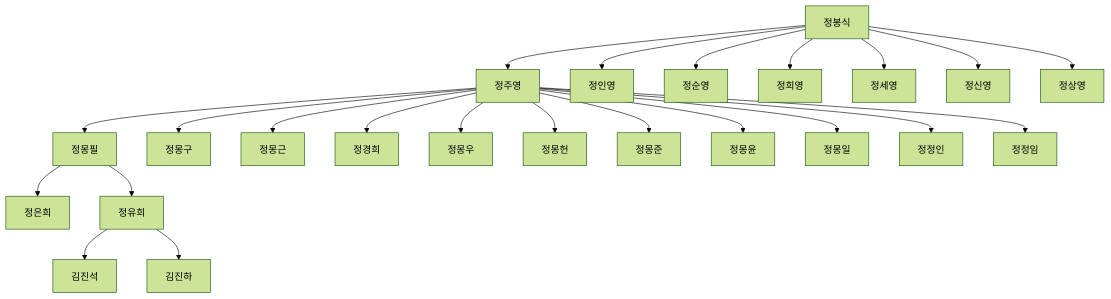
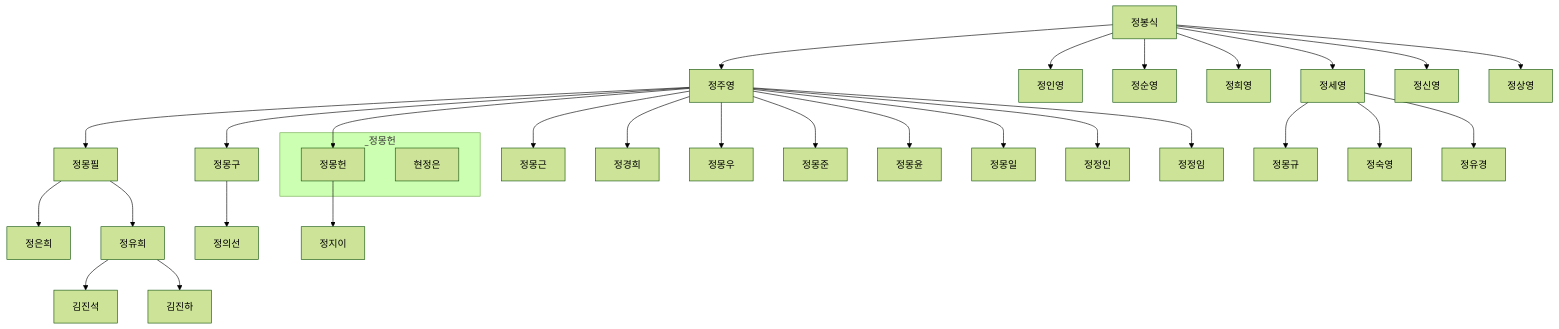
The diagram in 한국사/재벌현대가.md (daewonyoon/historigram), drawn with Mermaid (forest theme) before and after one commit. The commit also changed 3 other files, not shown here.

````diff
--- a/한국사/재벌현대가.md
+++ b/한국사/재벌현대가.md
@@ -1,29 +1,39 @@
 ```mermaid
 graph TB
 
 정봉식
 
 정봉식 --> 정주영
 정봉식 --> 정인영
 정봉식 --> 정순영
 정봉식 --> 정희영
 정봉식 --> 정세영
 정봉식 --> 정신영
 정봉식 --> 정상영
 
 정주영 --> 정몽필 --> 정은희
 정몽필 --> 정유희 --> 김진석
 정유희 --> 김진하
 정주영 --> 정몽구
 정주영 --> 정몽근
 정주영 --> 정경희
 정주영 --> 정몽우
 정주영 --> 정몽헌
 정주영 --> 정몽준
 정주영 --> 정몽윤
 정주영 --> 정몽일
 정주영 --> 정정인
 정주영 --> 정정임
 
+정세영 --> 정몽규
+정세영 --> 정숙영
+정세영 --> 정유경
 
+정몽구 --> 정의선
+정몽헌 --> 정지이
+
+    subgraph _정몽헌
+    정몽헌
+    현정은
+    end
 ```
````
